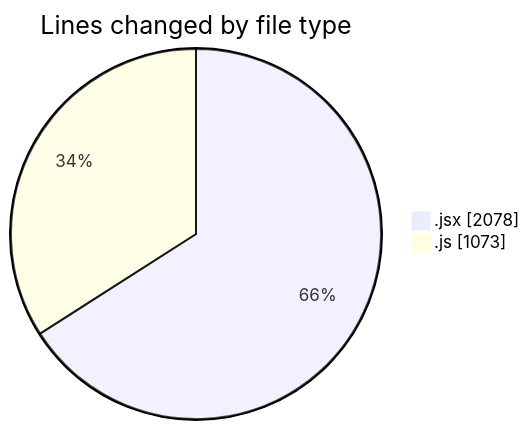
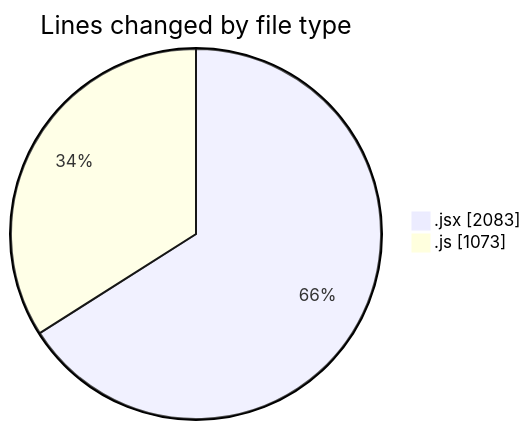
The first of 2 diagrams in 2025-06-04/nxtqube_webapp/README.md (nxtqubesakshisongat/code-tracking), drawn with Mermaid before and after one commit. The commit also changed other lines of this file and 1 other file, not shown here.

````diff
--- a/2025-06-04/nxtqube_webapp/README.md
+++ b/2025-06-04/nxtqube_webapp/README.md
@@ -26,6 +26,6 @@
 ```mermaid
 pie showData
 title Lines changed by file type
-".jsx" : 2078
+".jsx" : 2083
 ".js" : 1073
 ```
````
